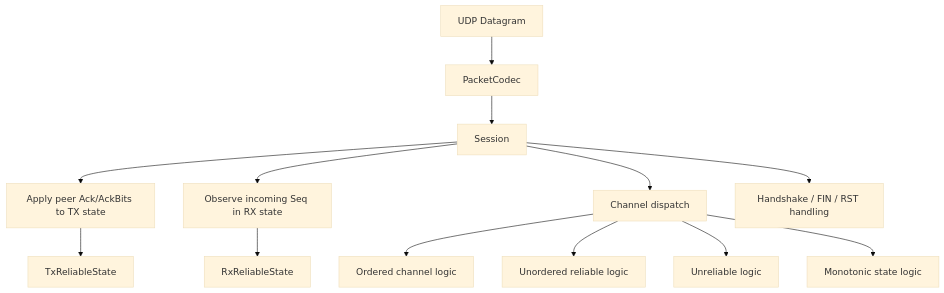
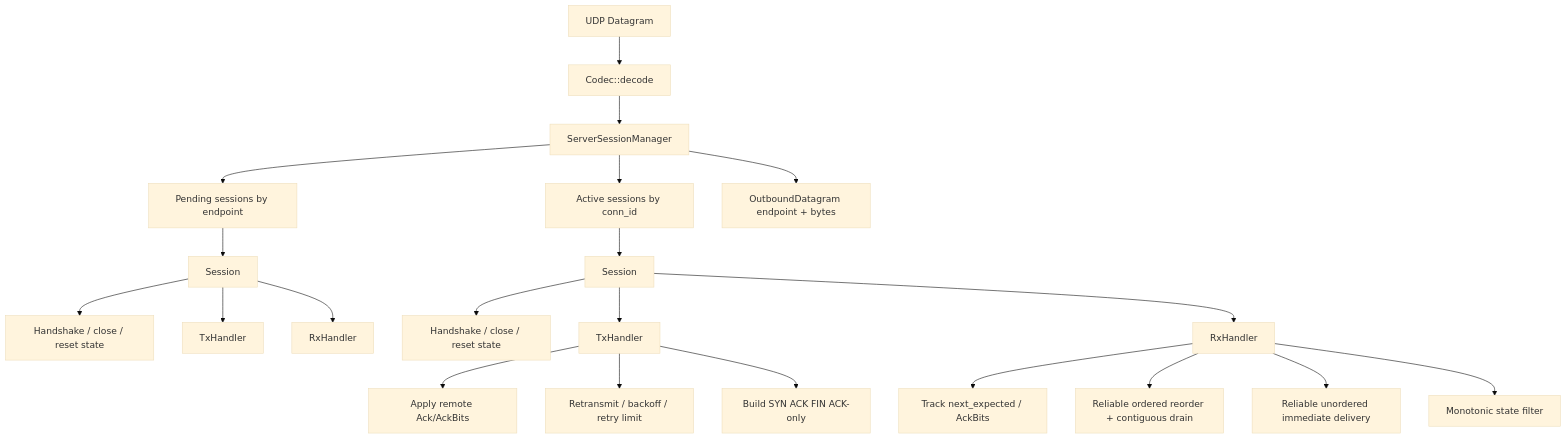
The diagram in docs/architecture.md (suigetsu312/RUDP), drawn with Mermaid (base theme) before and after one commit. The commit also changed other lines of this file and 16 other files, not shown here.

Commit message:
feat(server): add session manager routing and close handling

````diff
--- a/docs/architecture.md
+++ b/docs/architecture.md
@@ -3,22 +3,30 @@
 ```mermaid
 flowchart TD
-    Udp[UDP Datagram] --> Codec[PacketCodec]
-    Codec --> Session[Session]
+    Udp[UDP Datagram] --> Codec[Codec::decode]
+    Codec --> Manager[ServerSessionManager]
 
-    Session --> TxAck[Apply peer Ack/AckBits to TX state]
-    Session --> RxSeq[Observe incoming Seq in RX state]
-    Session --> Channel[Channel dispatch]
-    Session --> Lifecycle[Handshake / FIN / RST handling]
+    Manager --> Pending[Pending sessions by endpoint]
+    Manager --> Active[Active sessions by conn_id]
 
-    TxAck --> TxState[TxReliableState]
-    RxSeq --> RxState[RxReliableState]
+    Pending --> SessionP[Session]
+    Active --> SessionA[Session]
 
-    Channel --> Ordered[Ordered channel logic]
-    
-    Channel --> Unordered[Unordered reliable logic]
+    SessionP --> LifecycleP[Handshake / close / reset state]
+    SessionA --> LifecycleA[Handshake / close / reset state]
 
-    Channel --> Unreliable[Unreliable logic]
+    SessionA --> Tx[TxHandler]
+    SessionA --> Rx[RxHandler]
+    SessionP --> TxP[TxHandler]
+    SessionP --> RxP[RxHandler]
 
-    Channel --> Mono[Monotonic state logic]
-    
+    Tx --> AckTx[Apply remote Ack/AckBits]
+    Tx --> Retx[Retransmit / backoff / retry limit]
+    Tx --> ControlTx[Build SYN ACK FIN ACK-only]
+
+    Rx --> AckRx[Track next_expected / AckBits]
+    Rx --> Ordered[Reliable ordered reorder + contiguous drain]
+    Rx --> Unordered[Reliable unordered immediate delivery]
+    Rx --> Mono[Monotonic state filter]
+
+    Manager --> Outbound[OutboundDatagram endpoint + bytes]
 ```
````
